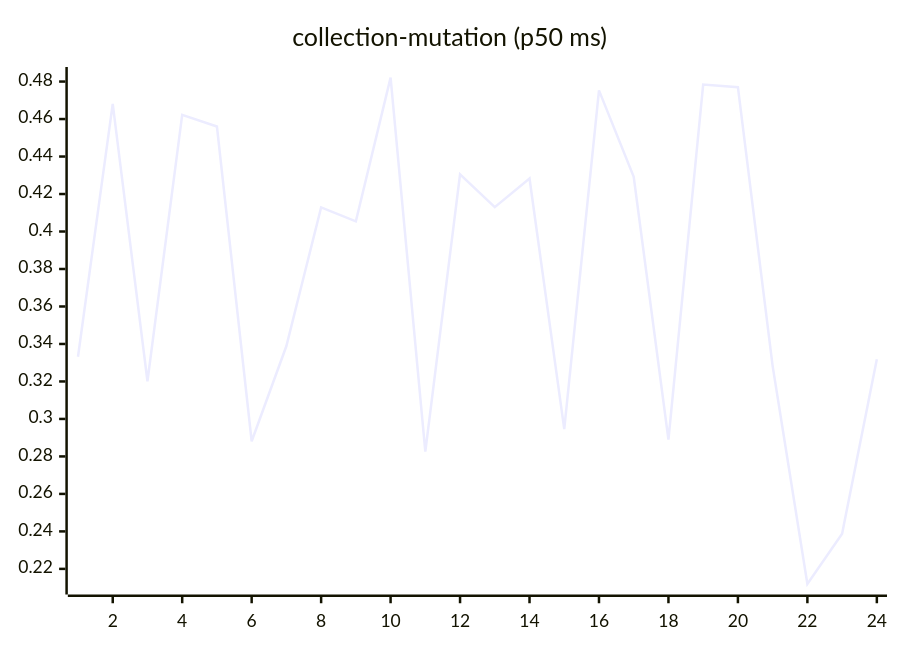
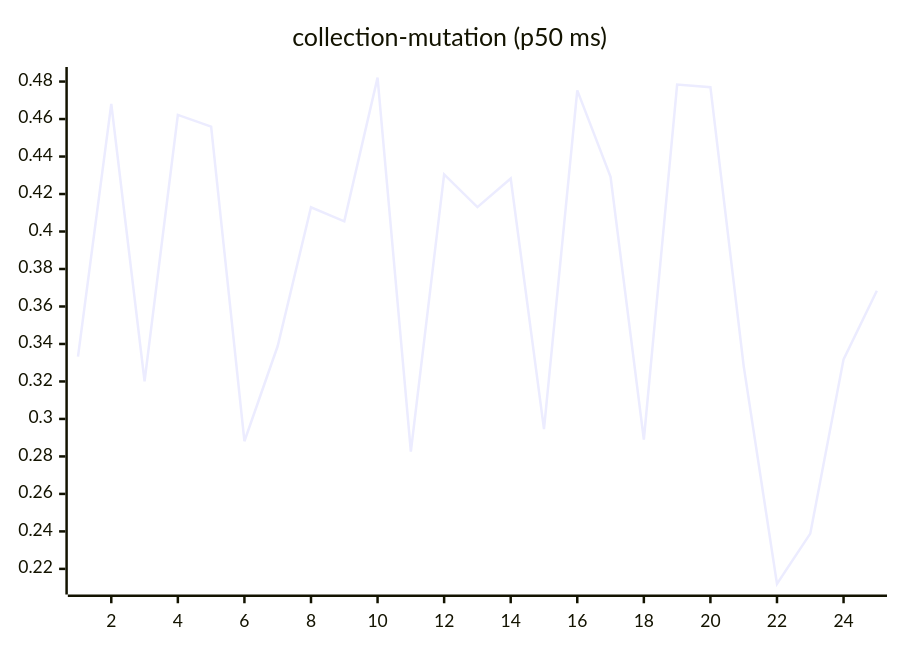
One commit to josha/Facet changed the sixth of 27 diagrams in README.md. Above: the diagram before and after it, drawn with Mermaid. The commit also changed other lines of this file and 2 other files, not shown here.

````diff
--- a/README.md
+++ b/README.md
@@ -98,6 +98,6 @@
 ```mermaid
 xychart-beta
     title "collection-mutation (p50 ms)"
-    x-axis 1 --> 24
-    line [0.3332, 0.4681, 0.3201, 0.4622, 0.4560, 0.2881, 0.3389, 0.4129, 0.4054, 0.4821, 0.2826, 0.4305, 0.4130, 0.4283, 0.2946, 0.4753, 0.4292, 0.2890, 0.4784, 0.4770, 0.3282, 0.2120, 0.2388, 0.3318]
+    x-axis 1 --> 25
+    line [0.3332, 0.4681, 0.3201, 0.4622, 0.4560, 0.2881, 0.3389, 0.4129, 0.4054, 0.4821, 0.2826, 0.4305, 0.4130, 0.4283, 0.2946, 0.4753, 0.4292, 0.2890, 0.4784, 0.4770, 0.3282, 0.2120, 0.2388, 0.3318, 0.3684]
 ```
````
